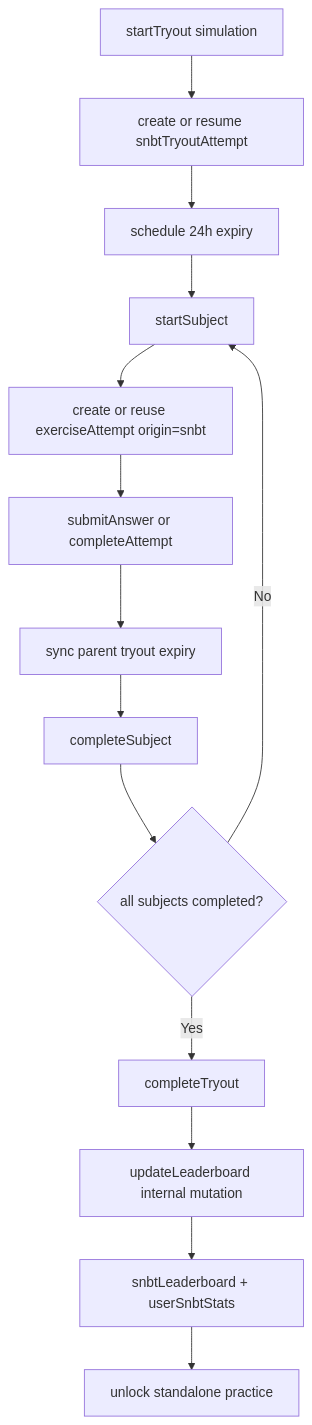
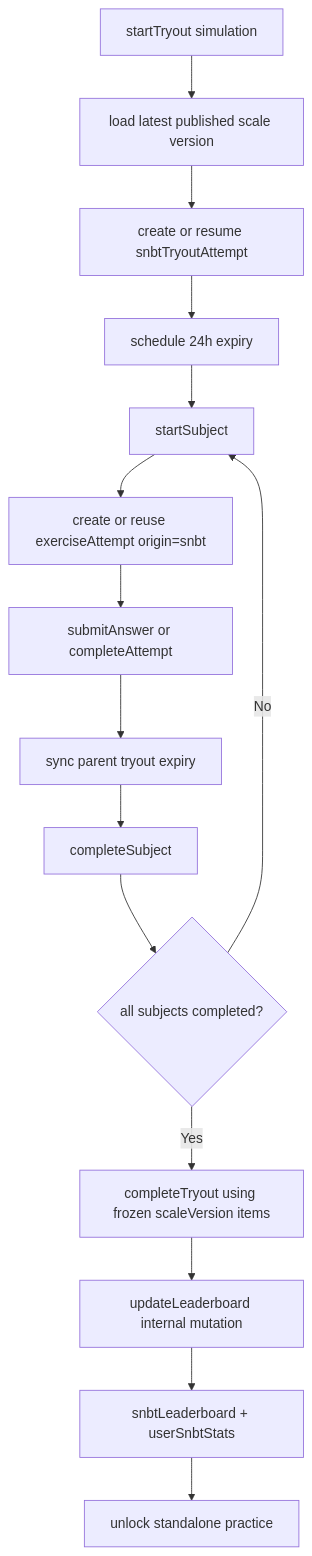
One commit to nakafaai/nakafa.com changed the second of 2 diagrams in packages/backend/convex/snbt/README.md. Above: the diagram before and after it, drawn with Mermaid. The commit also changed other lines of this file and 9 other files, not shown here.

First line of the commit message:
Add published scale version support for IRT

````diff
--- a/packages/backend/convex/snbt/README.md
+++ b/packages/backend/convex/snbt/README.md
@@ -47,16 +49,17 @@
 ```mermaid
 flowchart TD
-    A[startTryout simulation] --> B[create or resume snbtTryoutAttempt]
-    B --> C[schedule 24h expiry]
-    C --> D[startSubject]
-    D --> E[create or reuse exerciseAttempt origin=snbt]
-    E --> F[submitAnswer or completeAttempt]
-    F --> G[sync parent tryout expiry]
-    G --> H[completeSubject]
-    H --> I{all subjects completed?}
-    I -->|No| D
-    I -->|Yes| J[completeTryout]
-    J --> K[updateLeaderboard internal mutation]
-    K --> L[snbtLeaderboard + userSnbtStats]
-    L --> M[unlock standalone practice]
+    A[startTryout simulation] --> B[load latest published scale version]
+    B --> C[create or resume snbtTryoutAttempt]
+    C --> D[schedule 24h expiry]
+    D --> E[startSubject]
+    E --> F[create or reuse exerciseAttempt origin=snbt]
+    F --> G[submitAnswer or completeAttempt]
+    G --> H[sync parent tryout expiry]
+    H --> I[completeSubject]
+    I --> J{all subjects completed?}
+    J -->|No| E
+    J -->|Yes| K[completeTryout using frozen scaleVersion items]
+    K --> L[updateLeaderboard internal mutation]
+    L --> M[snbtLeaderboard + userSnbtStats]
+    M --> N[unlock standalone practice]
 ```
````
